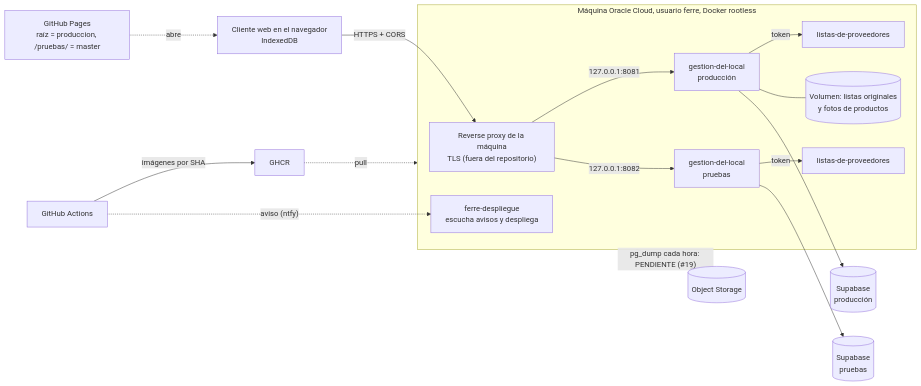
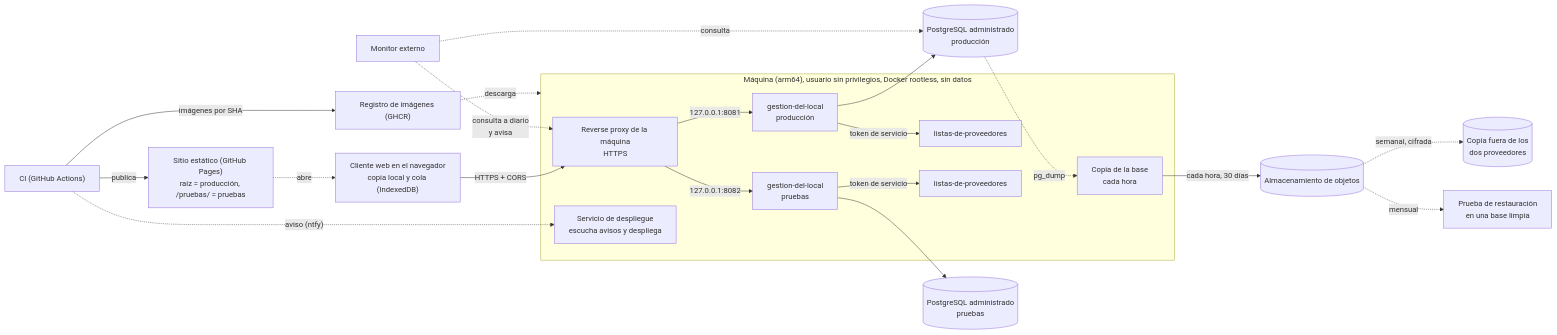
Before and after one commit to carlos-illobre/ferre: the second of 2 diagrams in specs/001-base-del-sistema/plan.md, drawn with Mermaid. The commit also changed other lines of this file and 47 other files, not shown here.

````diff
--- a/specs/001-base-del-sistema/plan.md
+++ b/specs/001-base-del-sistema/plan.md
@@ -155,20 +175,25 @@
 ```mermaid
 flowchart LR
-    pages["GitHub Pages<br/>raíz = produccion, /pruebas/ = master"] -. "abre" .-> pwa["Cliente web en el navegador<br/>IndexedDB"]
-    pwa -- "HTTPS + CORS" --> proxy["Reverse proxy de la máquina<br/>TLS (fuera del repositorio)"]
-    subgraph oracle["Máquina Oracle Cloud, usuario ferre, Docker rootless"]
+    sitio["Sitio estático (GitHub Pages)<br/>raíz = producción, /pruebas/ = pruebas"] -. "abre" .-> pwa["Cliente web en el navegador<br/>copia local y cola (IndexedDB)"]
+    pwa -- "HTTPS + CORS" --> proxy["Reverse proxy de la máquina<br/>HTTPS"]
+    subgraph maquina["Máquina (arm64), usuario sin privilegios, Docker rootless, sin datos"]
         proxy -- "127.0.0.1:8081" --> gdlp["gestion-del-local<br/>producción"]
         proxy -- "127.0.0.1:8082" --> gdlt["gestion-del-local<br/>pruebas"]
-        gdlp -- token --> ldpp["listas-de-proveedores"]
-        gdlt -- token --> ldpt["listas-de-proveedores"]
-        escucha["ferre-despliegue<br/>escucha avisos y despliega"]
-        vol[("Volumen: listas originales<br/>y fotos de productos")]
-        gdlp --- vol
+        gdlp -- "token de servicio" --> ldpp["listas-de-proveedores"]
+        gdlt -- "token de servicio" --> ldpt["listas-de-proveedores"]
+        escucha["Servicio de despliegue<br/>escucha avisos y despliega"]
+        volcado["Copia de la base<br/>cada hora"]
     end
-    gdlp --> supap[("Supabase<br/>producción")]
-    gdlt --> supat[("Supabase<br/>pruebas")]
-    ci["GitHub Actions"] -- "imágenes por SHA" --> ghcr["GHCR"]
+    gdlp --> basep[("PostgreSQL administrado<br/>producción")]
+    gdlt --> baset[("PostgreSQL administrado<br/>pruebas")]
+    basep -. "pg_dump" .-> volcado
+    volcado -- "cada hora, 30 días" --> objeto[("Almacenamiento de objetos")]
+    objeto -. "semanal, cifrada" .-> afuera[("Copia fuera de los<br/>dos proveedores")]
+    objeto -. "mensual" .-> restaurar["Prueba de restauración<br/>en una base limpia"]
+    ci["CI (GitHub Actions)"] -- "imágenes por SHA" --> registro["Registro de imágenes (GHCR)"]
+    ci -- "publica" --> sitio
     ci -. "aviso (ntfy)" .-> escucha
-    ghcr -. pull .-> oracle
-    oracle -. "pg_dump cada hora: PENDIENTE (#19)" .-> objeto[("Object Storage")]
+    registro -. "descarga" .-> maquina
+    monitor["Monitor externo"] -. "consulta a diario<br/>y avisa" .-> proxy
+    monitor -. "consulta" .-> basep
 ```
````
